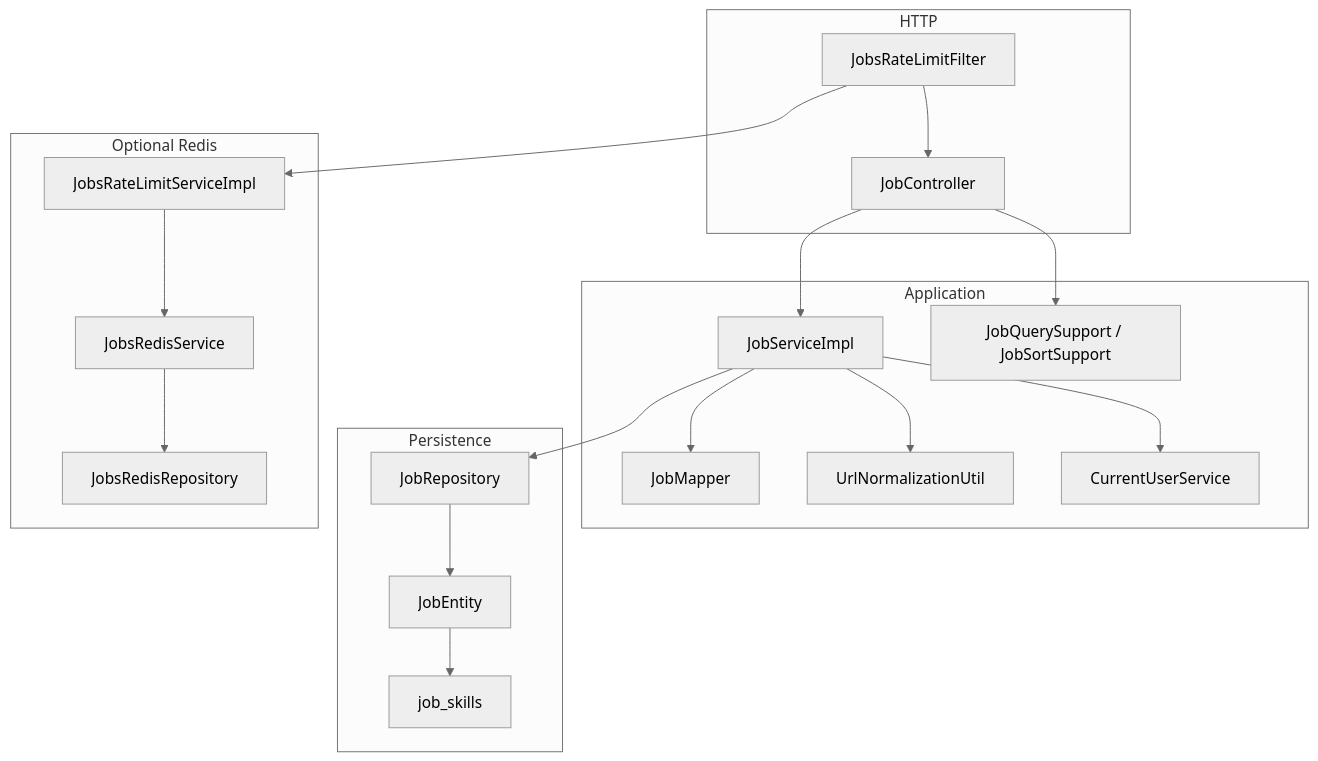
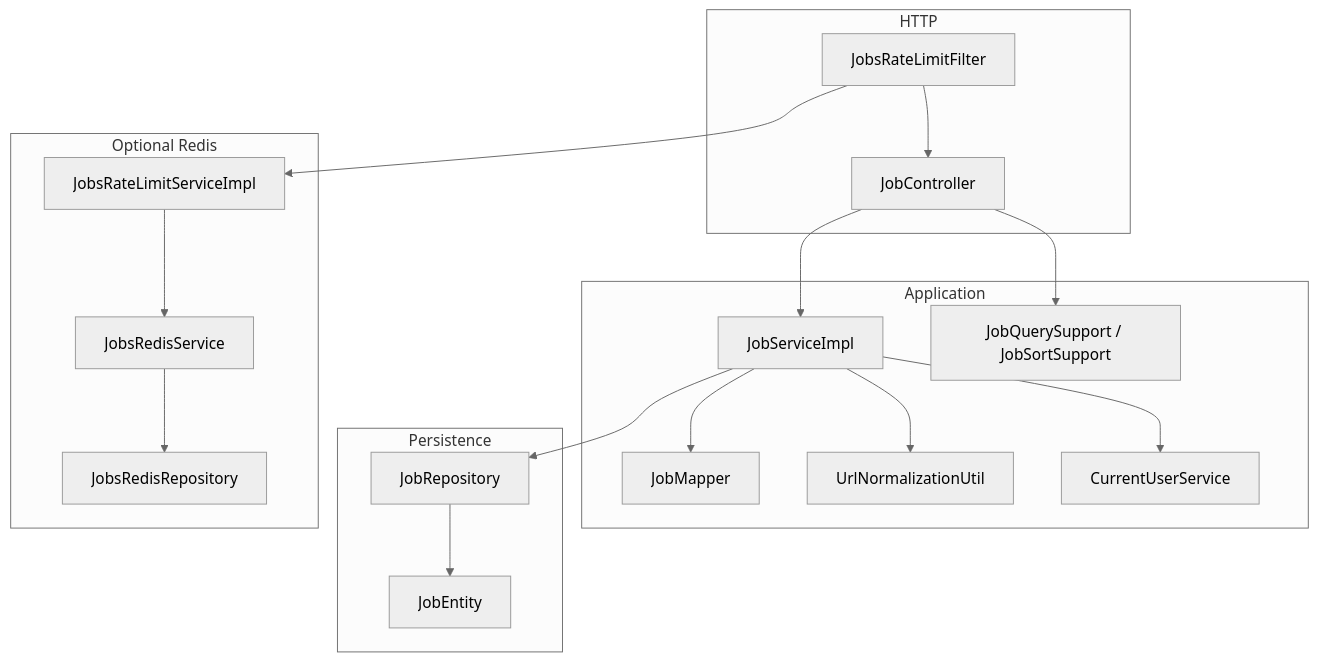
Before and after one commit to Venkata-Nageswara-Bhadri78/CodePilot: the first of 2 diagrams in src/main/java/com/developer/copilot/jobs/docs/ARCHITECTURE.md, drawn with Mermaid (neutral theme). The commit also changed other lines of this file and 31 other files, not shown here.

````diff
--- a/src/main/java/com/developer/copilot/jobs/docs/ARCHITECTURE.md
+++ b/src/main/java/com/developer/copilot/jobs/docs/ARCHITECTURE.md
@@ -7,37 +7,35 @@
 ```mermaid
 flowchart TB
     subgraph http [HTTP]
         Filter[JobsRateLimitFilter]
         Controller[JobController]
     end
     subgraph app [Application]
         Service[JobServiceImpl]
         Mapper[JobMapper]
         Query[JobQuerySupport / JobSortSupport]
         Url[UrlNormalizationUtil]
         Current[CurrentUserService]
     end
     subgraph persist [Persistence]
         Repo[JobRepository]
         Entity[JobEntity]
-        Skills[job_skills]
     end
     subgraph infra [Optional Redis]
         RlSvc[JobsRateLimitServiceImpl]
         RedisSvc[JobsRedisService]
         RedisRepo[JobsRedisRepository]
     end
 
     Filter --> Controller
     Filter --> RlSvc
     Controller --> Query
     Controller --> Service
     Service --> Current
     Service --> Mapper
     Service --> Url
     Service --> Repo
     Repo --> Entity
-    Entity --> Skills
     RlSvc --> RedisSvc
     RedisSvc --> RedisRepo
 ```
````
